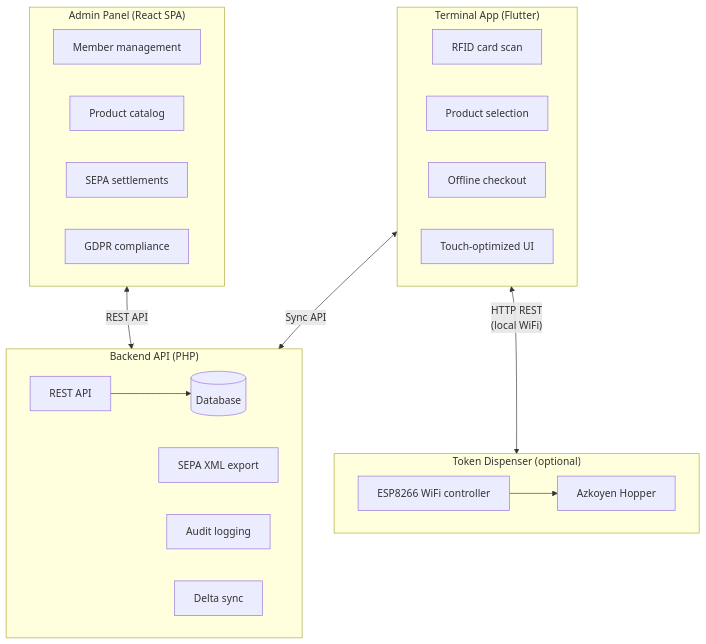
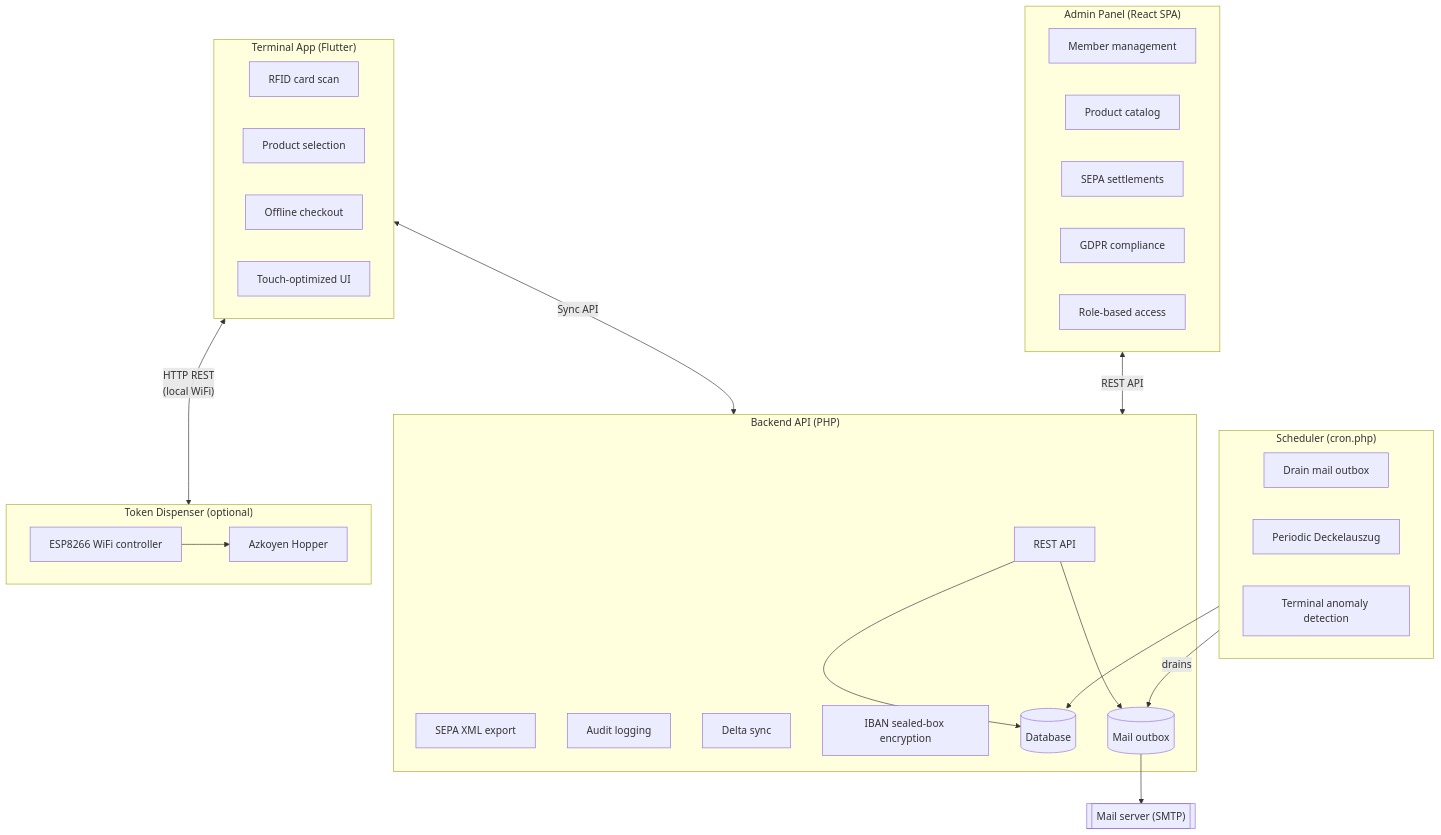
Before and after one commit to dgloeckner/clubbar: the diagram in README.md, drawn with Mermaid. The commit also changed other lines of this file, not shown here.

Commit message:
Update System Components diagram with RBAC, encryption, and mail outbox
The diagram still showed the pre-ADR-0044/0036/0038 architecture: no
role-based access, no IBAN encryption at rest, and no mail
outbox/scheduler despite each now being a documented, load-bearing
component. Add a Scheduler subgraph (mail outbox drain, periodic
Deckelauszug, terminal anomaly detection), the mail outbox and IBAN
sealed-box encryption nodes on the backend, and role-based access on
the admin panel, with a link into the three docs that cover each in
detail.

````diff
--- a/README.md
+++ b/README.md
@@ -32,35 +32,50 @@
 ```mermaid
 flowchart TB
     subgraph Terminal["Terminal App (Flutter)"]
         T1[RFID card scan]
         T2[Product selection]
         T3[Offline checkout]
         T4[Touch-optimized UI]
     end
 
     subgraph Admin["Admin Panel (React SPA)"]
         A1[Member management]
         A2[Product catalog]
         A3[SEPA settlements]
         A4[GDPR compliance]
+        A5[Role-based access]
     end
 
     subgraph Backend["Backend API (PHP)"]
         B1[REST API]
         B2[SEPA XML export]
         B3[Audit logging]
         B4[Delta sync]
+        B5[IBAN sealed-box encryption]
         DB[(Database)]
+        Outbox[(Mail outbox)]
         B1 --> DB
+        B1 --> Outbox
+    end
+
+    subgraph Scheduler["Scheduler (cron.php)"]
+        S1[Drain mail outbox]
+        S2[Periodic Deckelauszug]
+        S3[Terminal anomaly detection]
     end
 
     subgraph Dispenser["Token Dispenser (optional)"]
         D1[ESP8266 WiFi controller]
         D2[Azkoyen Hopper]
         D1 --> D2
     end
 
+    Mail[["Mail server (SMTP)"]]
+
     Terminal <-->|"Sync API"| Backend
     Admin <-->|"REST API"| Backend
     Terminal <-->|"HTTP REST\n(local WiFi)"| Dispenser
+    Scheduler -->|"drains"| Outbox
+    Outbox --> Mail
+    Scheduler --> DB
 ```
````
